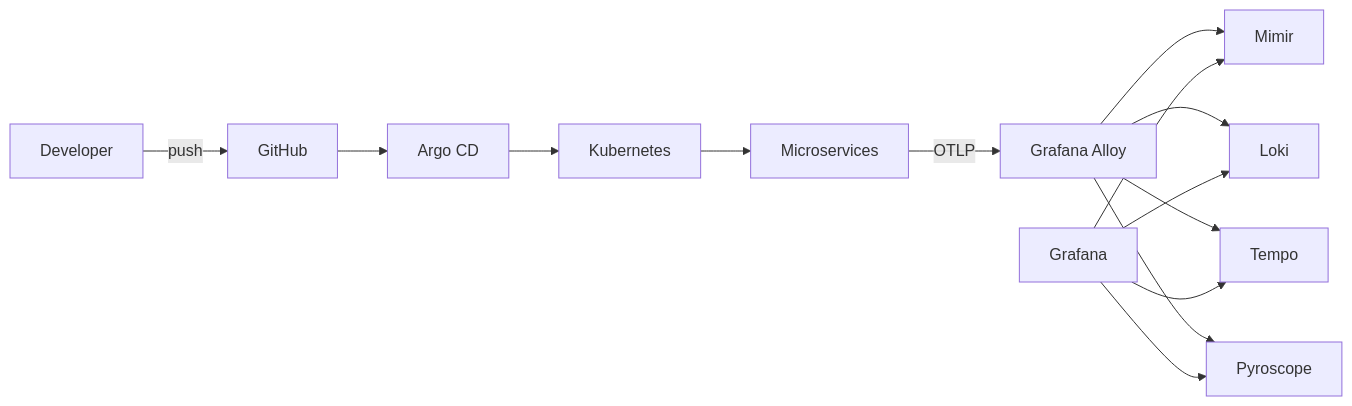
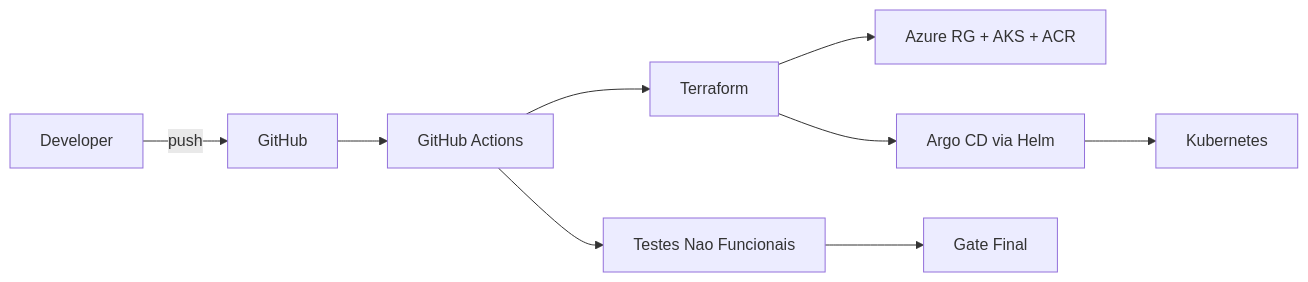
The first of 2 diagrams in docs/architecture.md (Dorigao-LTDA/infra-platform), drawn with Mermaid before and after one commit. The commit also changed other lines of this file and 33 other files, not shown here.

Commit message:
Alterações nas docs + alteração para funcionamento via github actions

````diff
--- a/docs/architecture.md
+++ b/docs/architecture.md
@@ -11,16 +11,11 @@
 ```mermaid
 flowchart LR
   Dev[Developer] -->|push| Git[GitHub]
-  Git --> Argo[Argo CD]
+  Git --> CI[GitHub Actions]
+  CI --> TF[Terraform]
+  TF --> Azure[Azure RG + AKS + ACR]
+  TF --> Argo[Argo CD via Helm]
   Argo --> AKS[Kubernetes]
-  AKS --> Apps[Microservices]
-  Apps -->|OTLP| Alloy[Grafana Alloy]
-  Alloy --> Mimir[Mimir]
-  Alloy --> Loki[Loki]
-  Alloy --> Tempo[Tempo]
-  Alloy --> Pyro[Pyroscope]
-  Grafana --> Mimir
-  Grafana --> Loki
-  Grafana --> Tempo
-  Grafana --> Pyro
+  CI --> NFR[Testes Nao Funcionais]
+  NFR --> Gates[Gate Final]
 ```
````
